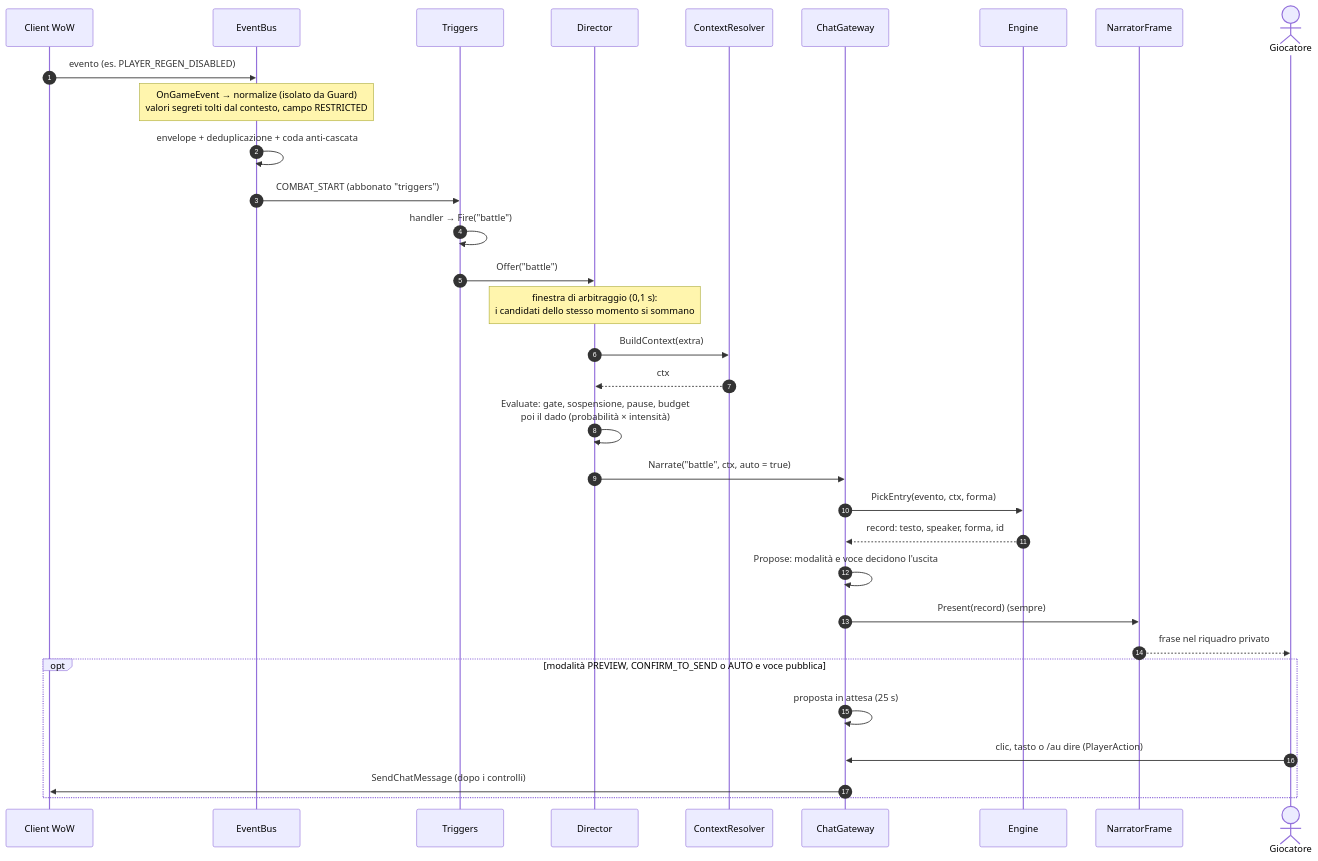
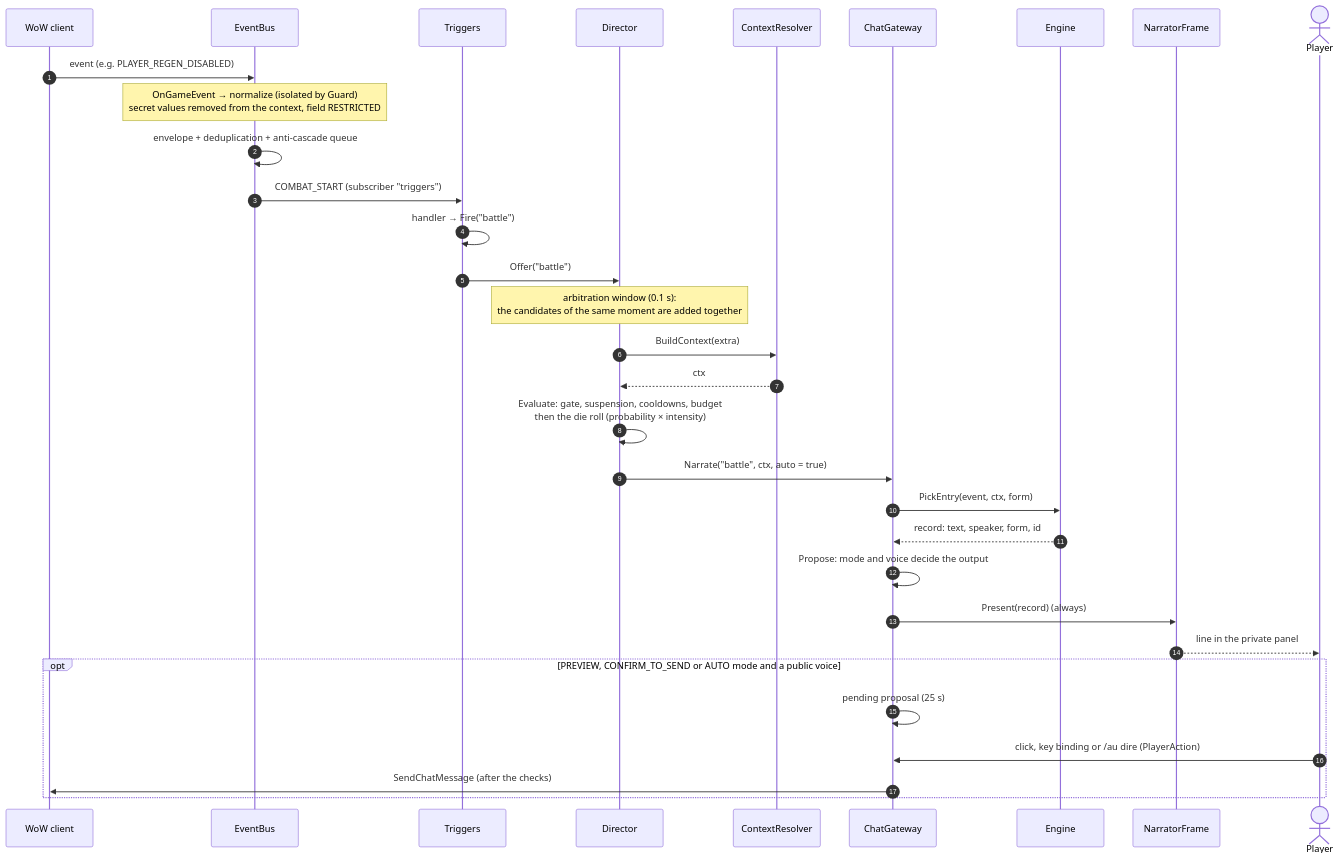
The third of 14 diagrams in docs/ARCHITECTURE.md (Finland6738/azeroth-unspoken), drawn with Mermaid before and after one commit. The commit also changed other lines of this file and 31 other files, not shown here.

````diff
--- a/docs/ARCHITECTURE.md
+++ b/docs/ARCHITECTURE.md
@@ -204,35 +204,35 @@
 ```mermaid
 sequenceDiagram
     autonumber
-    participant W as Client WoW
+    participant W as WoW client
     participant B as EventBus
     participant T as Triggers
     participant D as Director
     participant C as ContextResolver
     participant G as ChatGateway
     participant E as Engine
     participant N as NarratorFrame
-    actor P as Giocatore
+    actor P as Player
 
-    W->>B: evento (es. PLAYER_REGEN_DISABLED)
-    Note over B: OnGameEvent → normalize (isolato da Guard)<br/>valori segreti tolti dal contesto, campo RESTRICTED
-    B->>B: envelope + deduplicazione + coda anti-cascata
-    B->>T: COMBAT_START (abbonato "triggers")
+    W->>B: event (e.g. PLAYER_REGEN_DISABLED)
+    Note over B: OnGameEvent → normalize (isolated by Guard)<br/>secret values removed from the context, field RESTRICTED
+    B->>B: envelope + deduplication + anti-cascade queue
+    B->>T: COMBAT_START (subscriber "triggers")
     T->>T: handler → Fire("battle")
     T->>D: Offer("battle")
-    Note over D: finestra di arbitraggio (0,1 s):<br/>i candidati dello stesso momento si sommano
+    Note over D: arbitration window (0.1 s):<br/>the candidates of the same moment are added together
     D->>C: BuildContext(extra)
     C-->>D: ctx
-    D->>D: Evaluate: gate, sospensione, pause, budget<br/>poi il dado (probabilità × intensità)
+    D->>D: Evaluate: gate, suspension, cooldowns, budget<br/>then the die roll (probability × intensity)
     D->>G: Narrate("battle", ctx, auto = true)
-    G->>E: PickEntry(evento, ctx, forma)
-    E-->>G: record: testo, speaker, forma, id
-    G->>G: Propose: modalità e voce decidono l'uscita
-    G->>N: Present(record)  (sempre)
-    N-->>P: frase nel riquadro privato
-    opt modalità PREVIEW, CONFIRM_TO_SEND o AUTO e voce pubblica
-        G->>G: proposta in attesa (25 s)
-        P->>G: clic, tasto o /au dire (PlayerAction)
-        G->>W: SendChatMessage (dopo i controlli)
+    G->>E: PickEntry(event, ctx, form)
+    E-->>G: record: text, speaker, form, id
+    G->>G: Propose: mode and voice decide the output
+    G->>N: Present(record)  (always)
+    N-->>P: line in the private panel
+    opt PREVIEW, CONFIRM_TO_SEND or AUTO mode and a public voice
+        G->>G: pending proposal (25 s)
+        P->>G: click, key binding or /au dire (PlayerAction)
+        G->>W: SendChatMessage (after the checks)
     end
 ```
````
